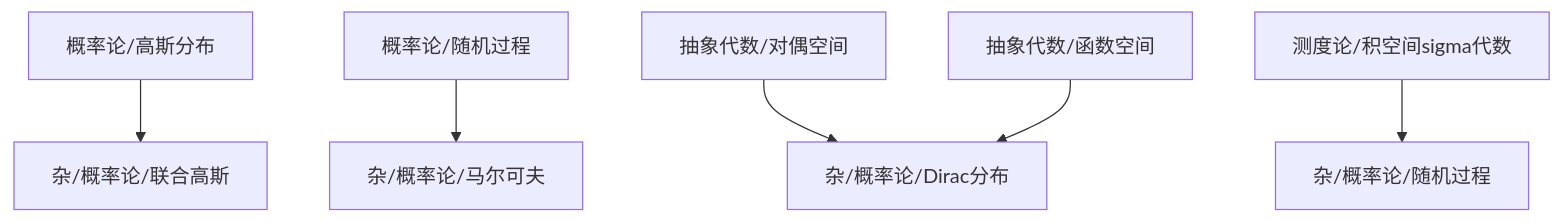
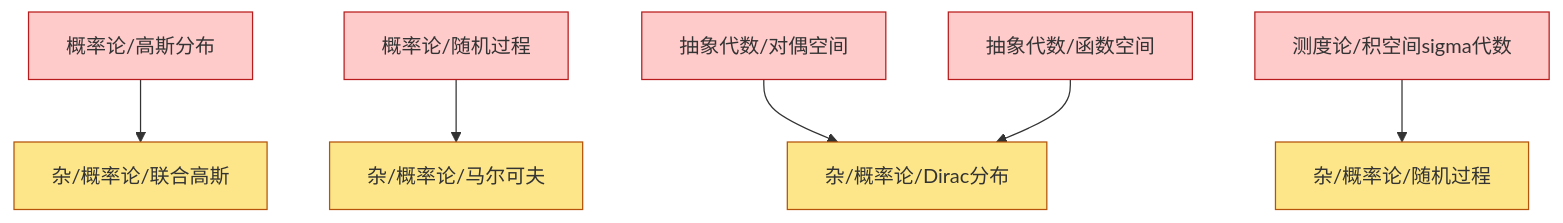
One commit to zeroDtree/zeroDtree.github.io changed the diagram in content/杂/dependency_graph.md. Above: the diagram before and after it, drawn with Mermaid. The commit also changed 16 other files, not shown here.

````diff
--- a/content/杂/dependency_graph.md
+++ b/content/杂/dependency_graph.md
@@ -1,8 +1,14 @@
 ```mermaid
 graph TD
 2["概率论/高斯分布"] --> 1["杂/概率论/联合高斯"]
 5["概率论/随机过程"] --> 4["杂/概率论/马尔可夫"]
 7["抽象代数/对偶空间"] --> 6["杂/概率论/Dirac分布"]
 8["抽象代数/函数空间"] --> 6["杂/概率论/Dirac分布"]
 10["测度论/积空间sigma代数"] --> 9["杂/概率论/随机过程"]
+classDef leaf fill:#fde68a,stroke:#b45309
+class 1,4,6,9 leaf
+classDef root fill:#bfdbfe,stroke:#1d4ed8
+class 0,3 root
+classDef externalRoot fill:#fecaca,stroke:#b91c1c
+class 2,5,7,8,10 externalRoot
 ```
````
